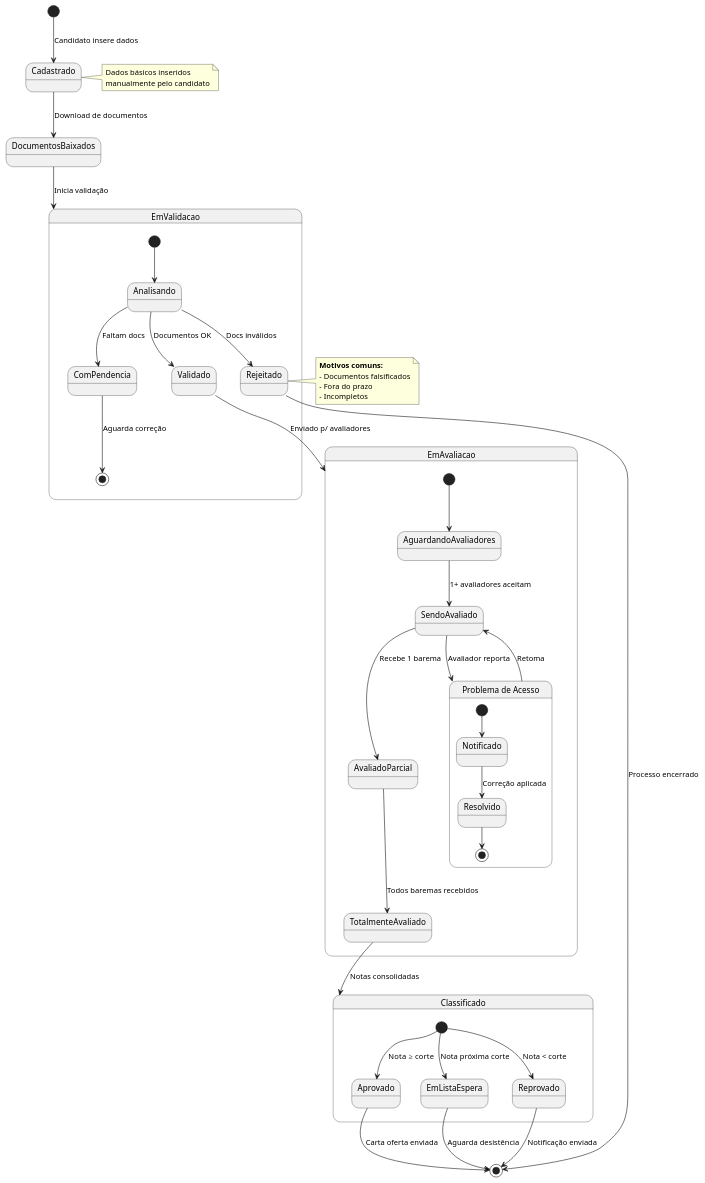
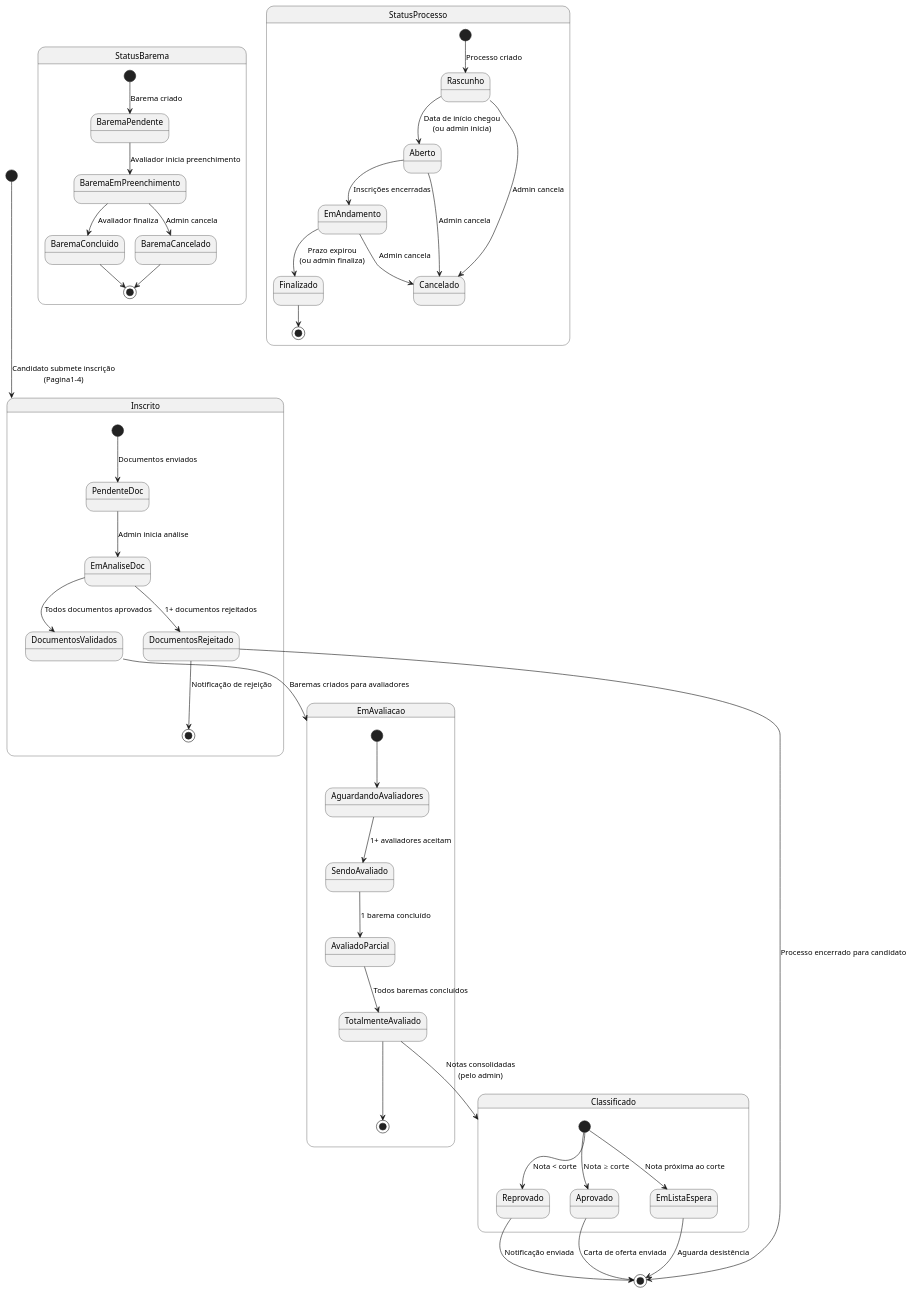
One commit to wiltonsgonc/ProcessoSelecao changed the diagram in diagramas/state-diagram.puml. Above: the diagram before and after it, drawn with PlantUML. The commit also changed 6 other files, not shown here.

Commit message:
docs: atualizar diagramas PlantUML do projeto

```diff
--- a/diagramas/state-diagram.puml
+++ b/diagramas/state-diagram.puml
@@ -1,58 +1,68 @@
 @startuml ProcessoSelecao
 
-[*] --> Cadastrado : Candidato insere dados
-Cadastrado --> DocumentosBaixados : Download de documentos
-DocumentosBaixados --> EmValidacao : Inicia validação
+' ============================================================
+' Ciclo de vida de um Candidato no processo
+' ============================================================
 
-state EmValidacao {
-  [*] --> Analisando
-  Analisando --> Validado : Documentos OK
-  Analisando --> ComPendencia : Faltam docs
-  Analisando --> Rejeitado : Docs inválidos
-  ComPendencia --> [*] : Aguarda correção
+[*] --> Inscrito : Candidato submete inscrição\n(Pagina1-4)
+
+state Inscrito {
+  [*] --> PendenteDoc : Documentos enviados
+  PendenteDoc --> EmAnaliseDoc : Admin inicia análise
+  EmAnaliseDoc --> DocumentosValidados : Todos documentos aprovados
+  EmAnaliseDoc --> DocumentosRejeitado : 1+ documentos rejeitados
+  DocumentosRejeitado --> [*] : Notificação de rejeição
 }
 
-Validado --> EmAvaliacao : Enviado p/ avaliadores
-Rejeitado --> [*] : Processo encerrado
+DocumentosValidados --> EmAvaliacao : Baremas criados para avaliadores
+DocumentosRejeitado --> [*] : Processo encerrado para candidato
 
 state EmAvaliacao {
   [*] --> AguardandoAvaliadores
   AguardandoAvaliadores --> SendoAvaliado : 1+ avaliadores aceitam
-  SendoAvaliado --> AvaliadoParcial : Recebe 1 barema
-  AvaliadoParcial --> TotalmenteAvaliado : Todos baremas recebidos
-  
-  state "Problema de Acesso" as Problema {
-    [*] --> Notificado
-    Notificado --> Resolvido : Correção aplicada
-    Resolvido --> [*]
-  }
-  
-  SendoAvaliado --> Problema : Avaliador reporta
-  Problema --> SendoAvaliado : Retoma
+  SendoAvaliado --> AvaliadoParcial : 1 barema concluído
+  AvaliadoParcial --> TotalmenteAvaliado : Todos baremas concluídos
+  TotalmenteAvaliado --> [*]
 }
 
-TotalmenteAvaliado --> Classificado : Notas consolidadas
+TotalmenteAvaliado --> Classificado : Notas consolidadas\n(pelo admin)
 
 state Classificado {
   [*] --> Aprovado : Nota ≥ corte
-  [*] --> EmListaEspera : Nota próxima corte
+  [*] --> EmListaEspera : Nota próxima ao corte
   [*] --> Reprovado : Nota < corte
 }
 
-Aprovado --> [*] : Carta oferta enviada
+Aprovado --> [*] : Carta de oferta enviada
 EmListaEspera --> [*] : Aguarda desistência
 Reprovado --> [*] : Notificação enviada
 
-note right of Cadastrado
-  Dados básicos inseridos 
-  manualmente pelo candidato
-end note
+' ============================================================
+' Máquina de estados do Barema
+' ============================================================
 
-note left of Rejeitado
-  <b>Motivos comuns:</b>
-  - Documentos falsificados
-  - Fora do prazo
-  - Incompletos
-end note
+state "StatusBarema" as SB {
+  [*] --> BaremaPendente : Barema criado
+  BaremaPendente --> BaremaEmPreenchimento : Avaliador inicia preenchimento
+  BaremaEmPreenchimento --> BaremaConcluido : Avaliador finaliza
+  BaremaEmPreenchimento --> BaremaCancelado : Admin cancela
+  BaremaConcluido --> [*]
+  BaremaCancelado --> [*]
+}
+
+' ============================================================
+' Máquina de estados do Processo de Seleção
+' ============================================================
+
+state "StatusProcesso" as SP {
+  [*] --> Rascunho : Processo criado
+  Rascunho --> Aberto : Data de início chegou\n(ou admin inicia)
+  Aberto --> EmAndamento : Inscrições encerradas
+  EmAndamento --> Finalizado : Prazo expirou\n(ou admin finaliza)
+  Finalizado --> [*]
+  Rascunho --> Cancelado : Admin cancela
+  Aberto --> Cancelado : Admin cancela
+  EmAndamento --> Cancelado : Admin cancela
+}
 
 @enduml
```
